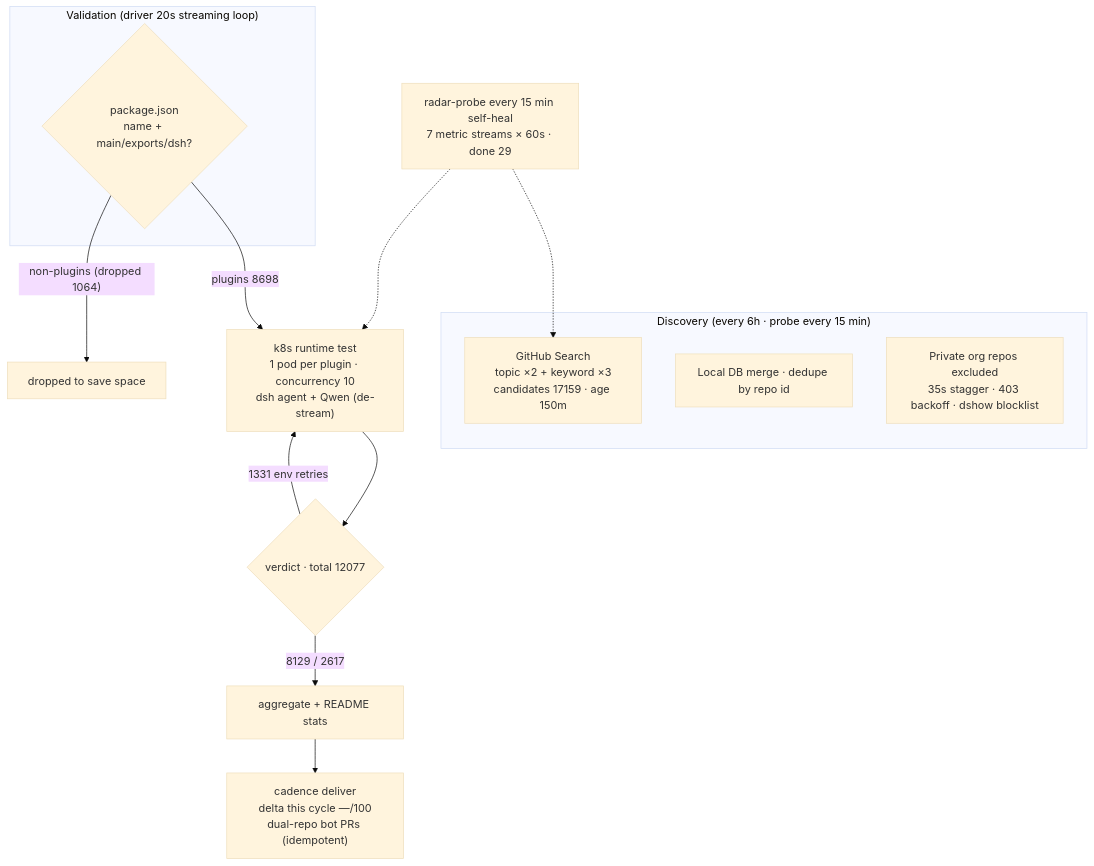
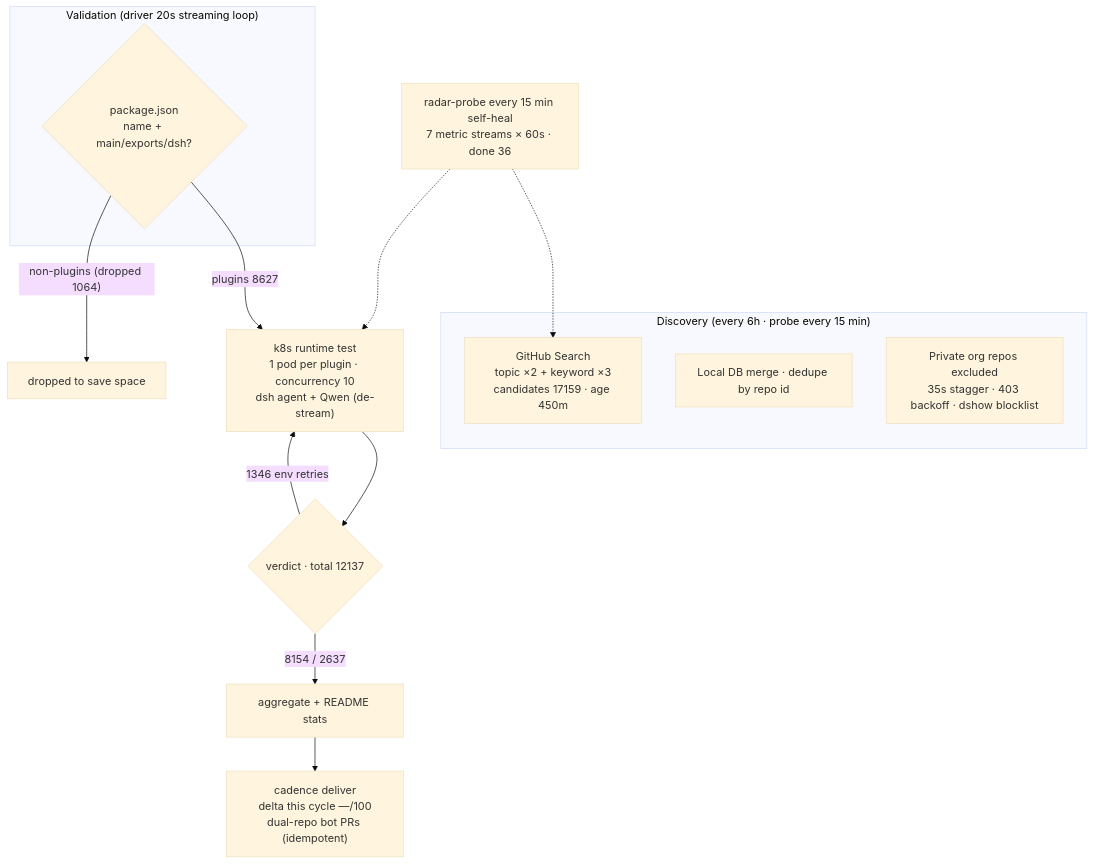
One commit to Zhidao-Lab-OSS/awesome-dsh-plugins changed the diagram in README.en-US.md. Above: the diagram before and after it, drawn with Mermaid (base theme). The commit also changed other lines of this file and 1 other file, not shown here.

````diff
--- a/README.en-US.md
+++ b/README.en-US.md
@@ -45,20 +45,20 @@
 ```mermaid
 flowchart TB
     subgraph Discovery["Discovery (every 6h · probe every 15 min)"]
-        A1["GitHub Search<br/>topic ×2 + keyword ×3<br/>candidates 17159 · age 150m"]
+        A1["GitHub Search<br/>topic ×2 + keyword ×3<br/>candidates 17159 · age 450m"]
         A2["Local DB merge · dedupe by repo id"]
         A3["Private org repos excluded<br/>35s stagger · 403 backoff · dshow blocklist"]
     end
     subgraph Validation["Validation (driver 20s streaming loop)"]
         B1{"package.json<br/>name + main/exports/dsh?"}
     end
-    B1 -->|"plugins 8698"| C1["k8s runtime test<br/>1 pod per plugin · concurrency 10<br/>dsh agent + Qwen (de-stream)"]
+    B1 -->|"plugins 8627"| C1["k8s runtime test<br/>1 pod per plugin · concurrency 10<br/>dsh agent + Qwen (de-stream)"]
     B1 -->|"non-plugins (dropped 1064)"| B3["dropped to save space"]
-    C1 --> D1{"verdict · total 12077"}
-    D1 -->|"8129 / 2617"| E1["aggregate + README stats"]
-    D1 -->|"1331 env retries"| C1
+    C1 --> D1{"verdict · total 12137"}
+    D1 -->|"8154 / 2637"| E1["aggregate + README stats"]
+    D1 -->|"1346 env retries"| C1
     E1 --> E2["cadence deliver<br/>delta this cycle —/100<br/>dual-repo bot PRs (idempotent)"]
-    M["radar-probe every 15 min self-heal<br/>7 metric streams × 60s · done 29"]
+    M["radar-probe every 15 min self-heal<br/>7 metric streams × 60s · done 36"]
     M -.-> A1
     M -.-> C1
 ```
````
